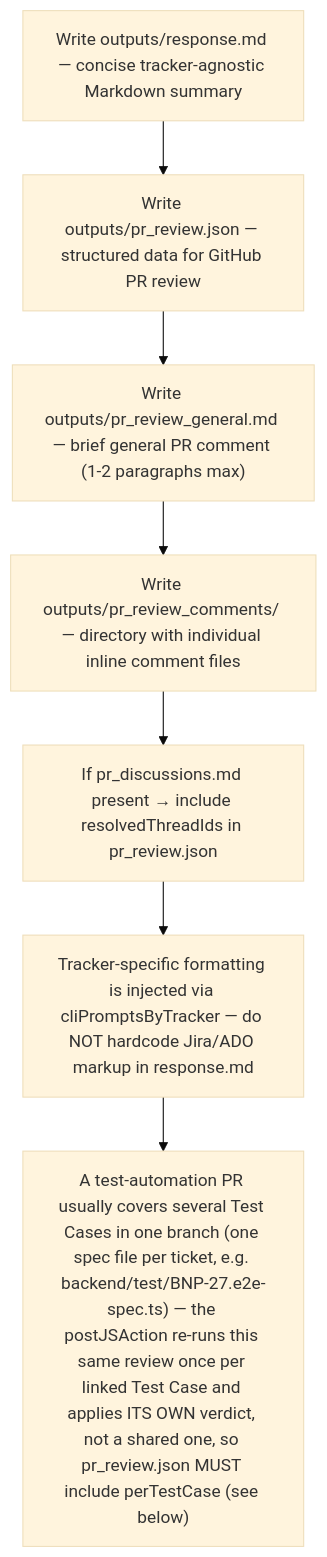
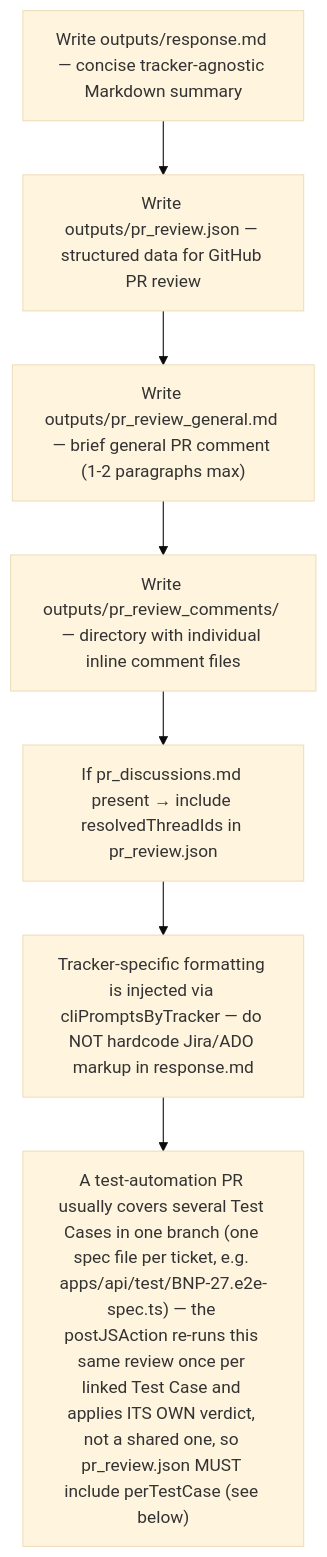
The diagram in .dmtools/agents/instructions/pr_test_automation_review/output_rules.md (kejno/bonapp), drawn with Mermaid (base theme) before and after one commit. The commit also changed other lines of this file and 21 other files, not shown here.

````diff
--- a/.dmtools/agents/instructions/pr_test_automation_review/output_rules.md
+++ b/.dmtools/agents/instructions/pr_test_automation_review/output_rules.md
@@ -1,11 +1,11 @@
 ```mermaid
 flowchart TD
     O1["Write outputs/response.md — concise tracker-agnostic Markdown summary"]
     O2["Write outputs/pr_review.json — structured data for GitHub PR review"]
     O3["Write outputs/pr_review_general.md — brief general PR comment (1-2 paragraphs max)"]
     O4["Write outputs/pr_review_comments/ — directory with individual inline comment files"]
     O5["If pr_discussions.md present → include resolvedThreadIds in pr_review.json"]
     O6["Tracker-specific formatting is injected via cliPromptsByTracker — do NOT hardcode Jira/ADO markup in response.md"]
-    O7["A test-automation PR usually covers several Test Cases in one branch (one spec file per ticket, e.g. backend/test/BNP-27.e2e-spec.ts) — the postJSAction re-runs this same review once per linked Test Case and applies ITS OWN verdict, not a shared one, so pr_review.json MUST include perTestCase (see below)"]
+    O7["A test-automation PR usually covers several Test Cases in one branch (one spec file per ticket, e.g. apps/api/test/BNP-27.e2e-spec.ts) — the postJSAction re-runs this same review once per linked Test Case and applies ITS OWN verdict, not a shared one, so pr_review.json MUST include perTestCase (see below)"]
     O1 --> O2 --> O3 --> O4 --> O5 --> O6 --> O7
 ```
````
